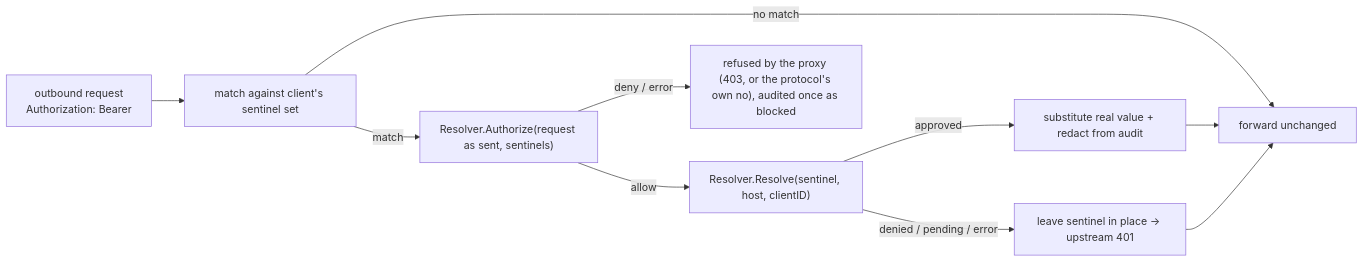
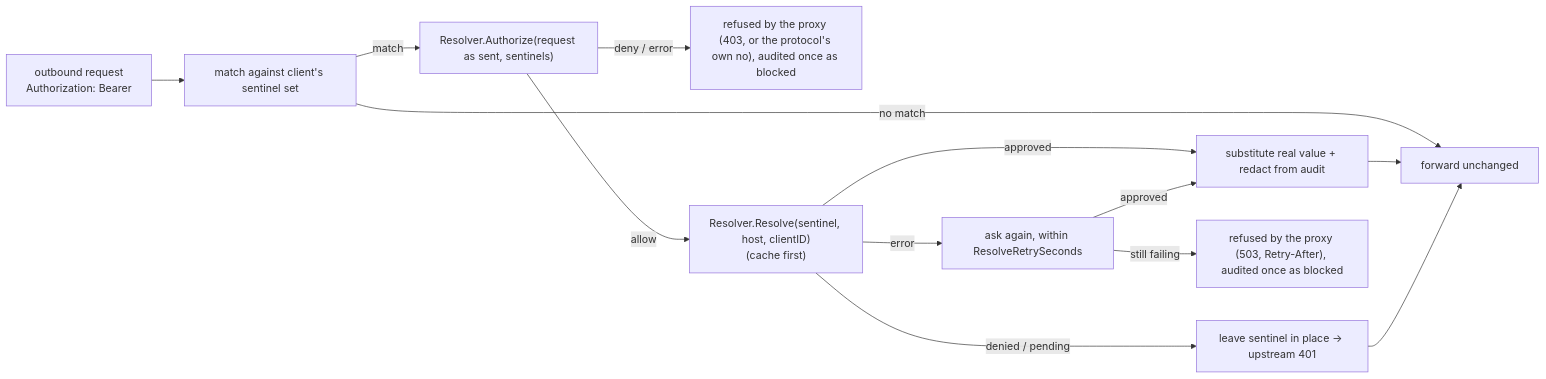
One commit to discobox-ai/discobox changed the third of 4 diagrams in proxy/DESIGN.md. Above: the diagram before and after it, drawn with Mermaid. The commit also changed other lines of this file and 12 other files, not shown here.

````diff
--- a/proxy/DESIGN.md
+++ b/proxy/DESIGN.md
@@ -380,12 +380,15 @@
 ```mermaid
 flowchart LR
     req["outbound request\nAuthorization: Bearer <sentinel>"] --> scan["match against client's sentinel set"]
     scan -->|no match| fwd["forward unchanged"]
     scan -->|match| judge["Resolver.Authorize(request as sent, sentinels)"]
     judge -->|deny / error| refuse["refused by the proxy (403, or the protocol's own no), audited once as blocked"]
-    judge -->|allow| resolve["Resolver.Resolve(sentinel, host, clientID)"]
+    judge -->|allow| resolve["Resolver.Resolve(sentinel, host, clientID)\n(cache first)"]
     resolve -->|approved| swap["substitute real value + redact from audit"]
-    resolve -->|denied / pending / error| leave["leave sentinel in place → upstream 401"]
+    resolve -->|denied / pending| leave["leave sentinel in place → upstream 401"]
+    resolve -->|error| retry["ask again, within ResolveRetrySeconds"]
+    retry -->|approved| swap
+    retry -->|still failing| unavailable["refused by the proxy (503, Retry-After), audited once as blocked"]
     swap --> fwd
     leave --> fwd
 ```
````
